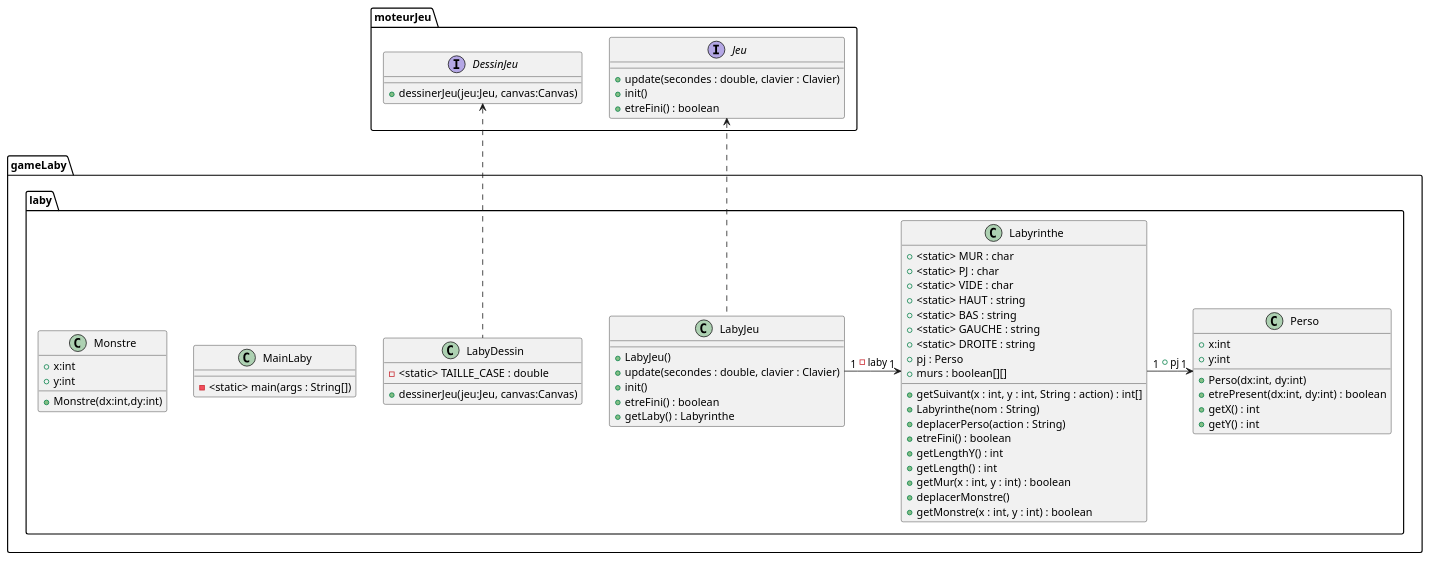
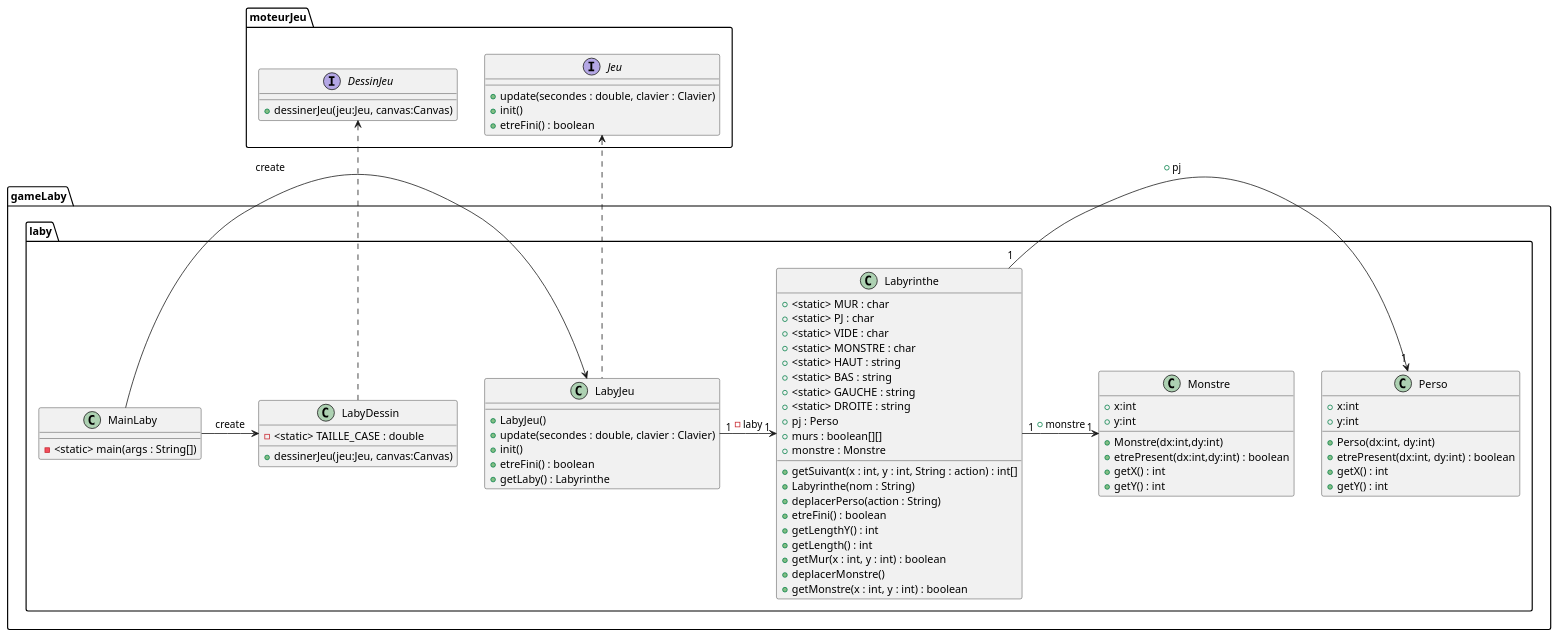
One commit to WashiFR/2023_Zeldiablo_weier3u_lemeunie6u_chauvel8u_dietric43u changed the diagram in documents/version_2/diag_classe_avec_monstre.puml. Above: the diagram before and after it, drawn with PlantUML.

Commit message:
Diagramme de classe question 18

```diff
--- a/documents/version_2/diag_classe_avec_monstre.puml
+++ b/documents/version_2/diag_classe_avec_monstre.puml
@@ -1,74 +1,82 @@
 @startuml
 'https://plantuml.com/sequence-diagram
 
 package moteurJeu {
 interface DessinJeu{
 + dessinerJeu(jeu:Jeu, canvas:Canvas)
 }
 
 interface Jeu{
 +update(secondes : double, clavier : Clavier)
 +init()
 +etreFini() : boolean
 }
 }
 
 package gameLaby.laby {
 class LabyDessin{
 - <static> TAILLE_CASE : double
 + dessinerJeu(jeu:Jeu, canvas:Canvas)
 }
 DessinJeu <.. LabyDessin
 
 class LabyJeu{
 +LabyJeu()
 +update(secondes : double, clavier : Clavier)
 +init()
 +etreFini() : boolean
 +getLaby() : Labyrinthe
 }
 Jeu <.. LabyJeu
 LabyJeu "1" -> "1" Labyrinthe: -laby
 
 class Labyrinthe{
 + <static> MUR : char
 + <static> PJ : char
 + <static> VIDE : char
++ <static> MONSTRE : char
 + <static> HAUT : string
 + <static> BAS : string
 + <static> GAUCHE : string
 + <static> DROITE : string
 + pj : Perso
 + murs : boolean[][]
++ monstre : Monstre
 + getSuivant(x : int, y : int, String : action) : int[]
 + Labyrinthe(nom : String)
 + deplacerPerso(action : String)
 + etreFini() : boolean
 + getLengthY() : int
 + getLength() : int
 + getMur(x : int, y : int) : boolean
 + deplacerMonstre()
 + getMonstre(x : int, y : int) : boolean
 }
 Labyrinthe "1" -> "1" Perso : +pj
+Labyrinthe "1" -> "1" Monstre : +monstre
 
 class MainLaby{
 - <static> main(args : String[])
 }
+MainLaby -> LabyDessin : create
+MainLaby -> LabyJeu : create
 
 class Monstre{
 + x:int
 + y:int
 + Monstre(dx:int,dy:int)
++ etrePresent(dx:int,dy:int) : boolean
++ getX() : int
++ getY() : int
 }
 
 class Perso{
 + x:int
 + y:int
 + Perso(dx:int, dy:int)
 + etrePresent(dx:int, dy:int) : boolean
 + getX() : int
 + getY() : int
 }
 }
 @enduml
```
